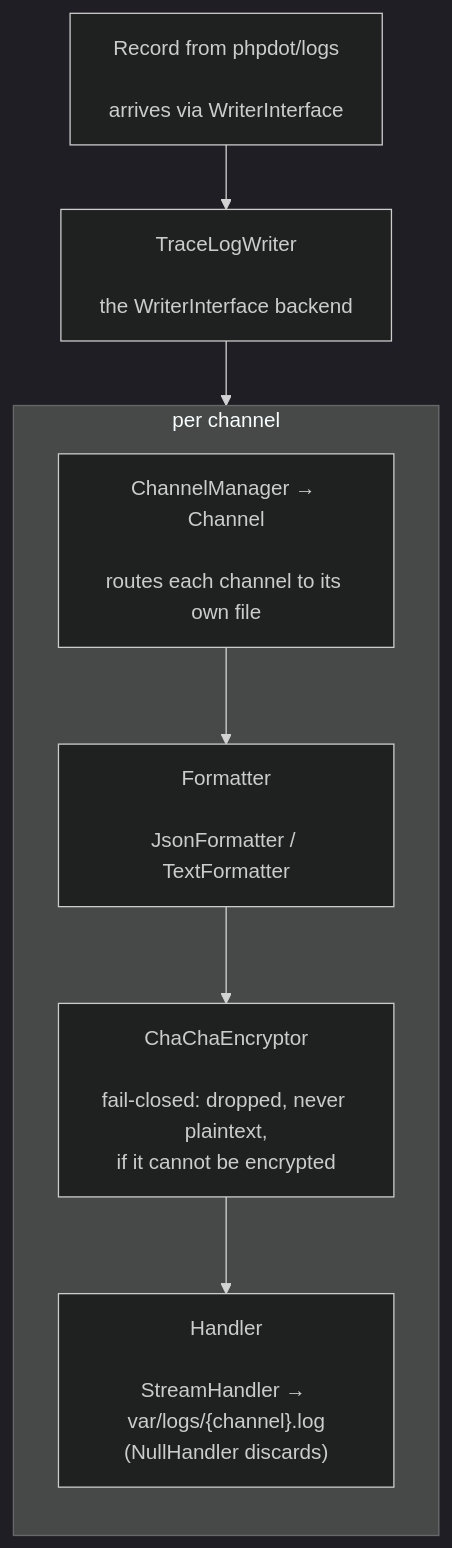
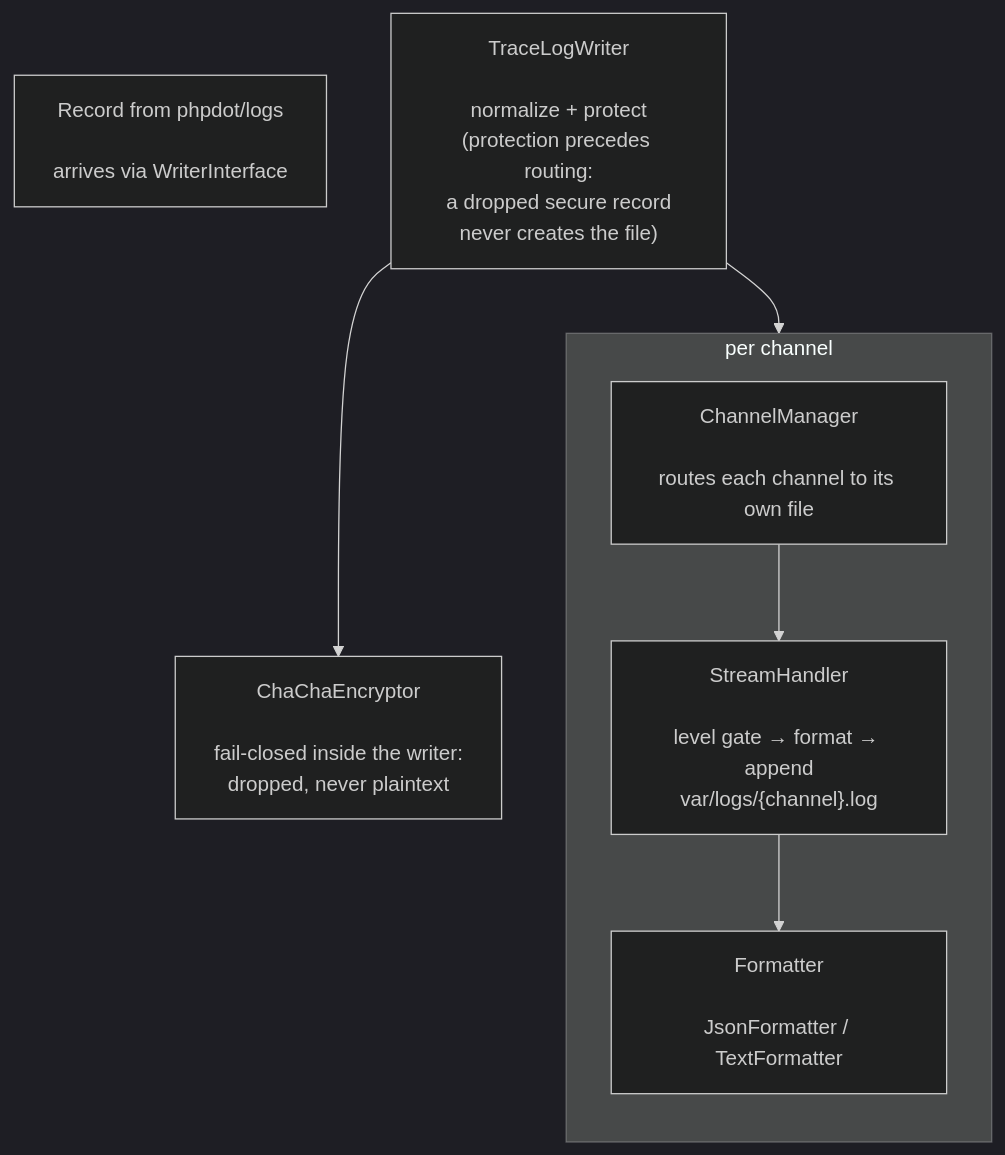
Before and after one commit to phpdot/monorepo: the diagram in packages/tracelog/README.md, drawn with Mermaid (dark theme). The commit also changed other lines of this file and 695 other files, not shown here.

````diff
--- a/packages/tracelog/README.md
+++ b/packages/tracelog/README.md
@@ -171,17 +189,17 @@
 ```mermaid
 graph TD
     REC["Record from phpdot/logs<br/><br/>arrives via WriterInterface"]
-    WRITER["TraceLogWriter<br/><br/>the WriterInterface backend"]
+    WRITER["TraceLogWriter<br/><br/>normalize + protect<br/>(protection precedes routing:<br/>a dropped secure record<br/>never creates the file)"]
 
     subgraph Pipeline["per channel"]
         direction TB
-        CHAN["ChannelManager → Channel<br/><br/>routes each channel to its own file"]
+        CHAN["ChannelManager<br/><br/>routes each channel to its own file"]
+        HAND["StreamHandler<br/><br/>level gate → format → append<br/>var/logs/{channel}.log"]
         FMT["Formatter<br/><br/>JsonFormatter / TextFormatter"]
-        ENC["ChaChaEncryptor<br/><br/>fail-closed: dropped, never plaintext,<br/>if it cannot be encrypted"]
-        HAND["Handler<br/><br/>StreamHandler → var/logs/{channel}.log<br/>(NullHandler discards)"]
-        CHAN --> FMT --> ENC --> HAND
+        CHAN --> HAND --> FMT
     end
 
-    REC --> WRITER
+    ENC["ChaChaEncryptor<br/><br/>fail-closed inside the writer:<br/>dropped, never plaintext"]
+    WRITER --> ENC
     WRITER --> Pipeline
 ```
````
